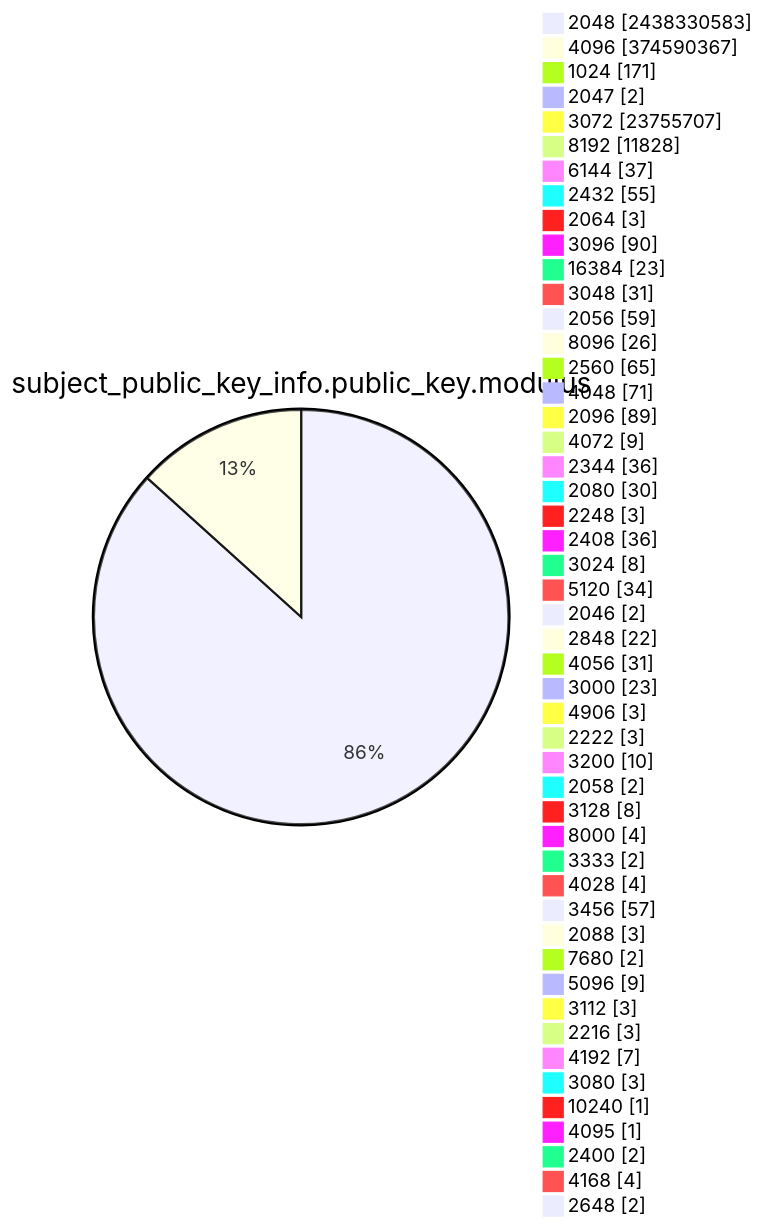
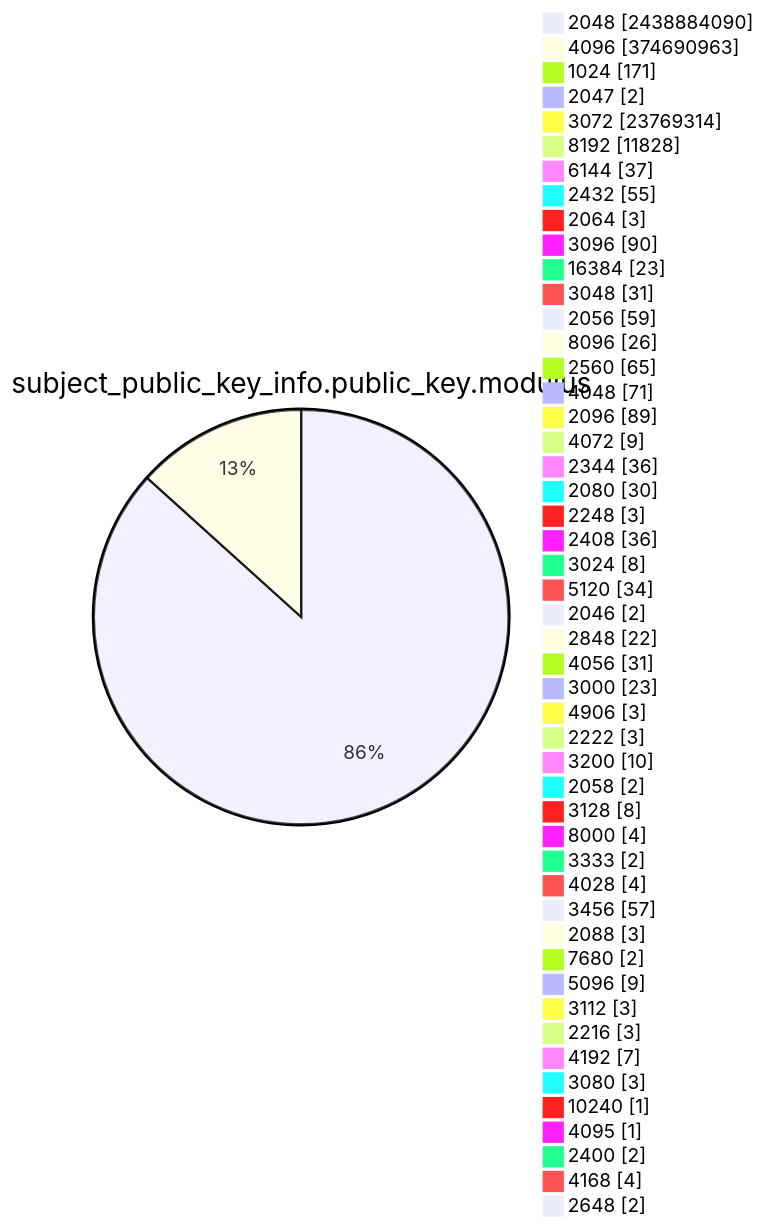
Before and after one commit to christiankrug/ctmonitor_visualization: diagram 13 of 15 in TOTAL/README.md, drawn with Mermaid. The commit also changed other lines of this file, not shown here.

````diff
--- a/TOTAL/README.md
+++ b/TOTAL/README.md
@@ -4168,53 +4168,53 @@
 ```mermaid
 pie showData
 title subject_public_key_info.public_key.modulus
-"2048" :2438330583
-"4096" :374590367
+"2048" :2438884090
+"4096" :374690963
 "1024" :171
 "2047" :2
-"3072" :23755707
+"3072" :23769314
 "8192" :11828
 "6144" :37
 "2432" :55
 "2064" :3
 "3096" :90
 "16384" :23
 "3048" :31
 "2056" :59
 "8096" :26
 "2560" :65
 "4048" :71
 "2096" :89
 "4072" :9
 "2344" :36
 "2080" :30
 "2248" :3
 "2408" :36
 "3024" :8
 "5120" :34
 "2046" :2
 "2848" :22
 "4056" :31
 "3000" :23
 "4906" :3
 "2222" :3
 "3200" :10
 "2058" :2
 "3128" :8
 "8000" :4
 "3333" :2
 "4028" :4
 "3456" :57
 "2088" :3
 "7680" :2
 "5096" :9
 "3112" :3
 "2216" :3
 "4192" :7
 "3080" :3
 "10240" :1
 "4095" :1
 "2400" :2
 "4168" :4
 "2648" :2
 ```
````
